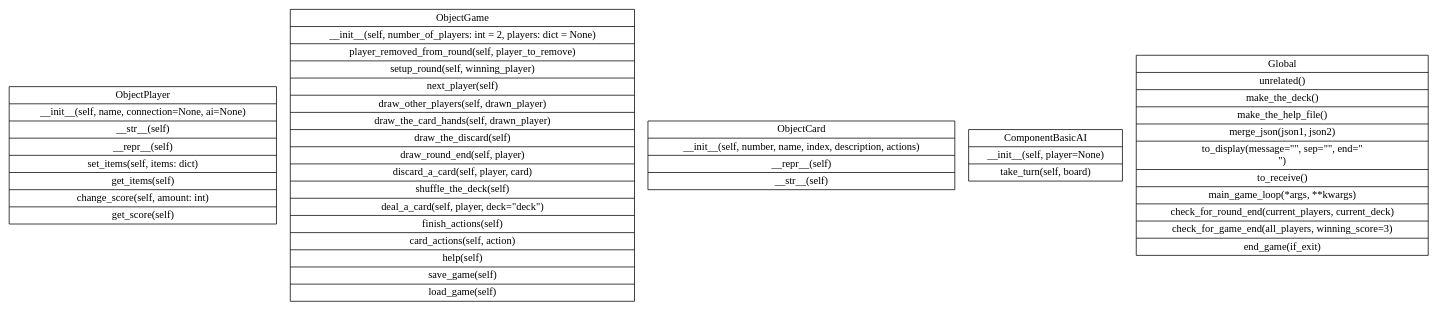
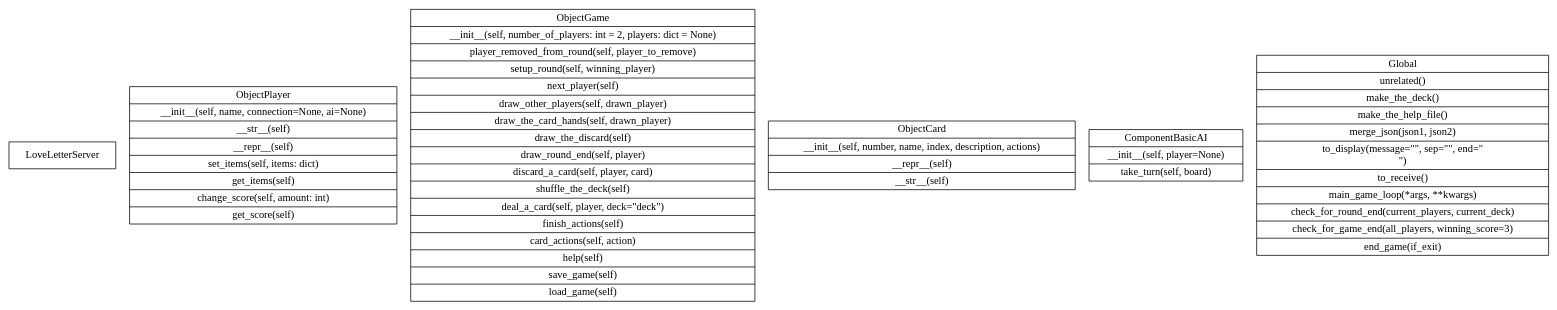
One commit to MrAtaraxia/LoveLetter changed the diagram in basic-docs/LoveLetterServer.py.gv. Above: the diagram before and after it, drawn with Graphviz. The commit also changed 8 other files, not shown here.

```diff
--- a/basic-docs/LoveLetterServer.py.gv
+++ b/basic-docs/LoveLetterServer.py.gv
@@ -1,8 +1,11 @@
 digraph structs {
 	node [shape=record]
-	struct0 [label="{ObjectPlayer|__init__(self, name, connection=None, ai=None)|__str__(self)|__repr__(self)|set_items(self, items: dict)|get_items(self)|change_score(self, amount: int)|get_score(self)}"]
-	struct1 [label="{ObjectGame|__init__(self, number_of_players: int = 2, players: dict = None)|player_removed_from_round(self, player_to_remove)|setup_round(self, winning_player)|next_player(self)|draw_other_players(self, drawn_player)|draw_the_card_hands(self, drawn_player)|draw_the_discard(self)|draw_round_end(self, player)|discard_a_card(self, player, card)|shuffle_the_deck(self)|deal_a_card(self, player, deck=\"deck\")|finish_actions(self)|card_actions(self, action)|help(self)|save_game(self)|load_game(self)}"]
-	struct2 [label="{ObjectCard|__init__(self, number, name, index, description, actions)|__repr__(self)|__str__(self)}"]
-	struct3 [label="{ComponentBasicAI|__init__(self, player=None)|take_turn(self, board)}"]
-	struct4 [label="{Global|unrelated()|make_the_deck()|make_the_help_file()|merge_json(json1, json2)|to_display(message=\"\", sep=\"\", end=\"\n\")|to_receive()|main_game_loop(*args, **kwargs)|check_for_round_end(current_players, current_deck)|check_for_game_end(all_players, winning_score=3)|end_game(if_exit)}"]
+	struct_origin [label=LoveLetterServer]
+	subgraph sub1 {
+		struct0 [label="{ObjectPlayer|__init__(self, name, connection=None, ai=None)|__str__(self)|__repr__(self)|set_items(self, items: dict)|get_items(self)|change_score(self, amount: int)|get_score(self)}"]
+		struct1 [label="{ObjectGame|__init__(self, number_of_players: int = 2, players: dict = None)|player_removed_from_round(self, player_to_remove)|setup_round(self, winning_player)|next_player(self)|draw_other_players(self, drawn_player)|draw_the_card_hands(self, drawn_player)|draw_the_discard(self)|draw_round_end(self, player)|discard_a_card(self, player, card)|shuffle_the_deck(self)|deal_a_card(self, player, deck=\"deck\")|finish_actions(self)|card_actions(self, action)|help(self)|save_game(self)|load_game(self)}"]
+		struct2 [label="{ObjectCard|__init__(self, number, name, index, description, actions)|__repr__(self)|__str__(self)}"]
+		struct3 [label="{ComponentBasicAI|__init__(self, player=None)|take_turn(self, board)}"]
+		struct4 [label="{Global|unrelated()|make_the_deck()|make_the_help_file()|merge_json(json1, json2)|to_display(message=\"\", sep=\"\", end=\"\n\")|to_receive()|main_game_loop(*args, **kwargs)|check_for_round_end(current_players, current_deck)|check_for_game_end(all_players, winning_score=3)|end_game(if_exit)}"]
+	}
 }
```
